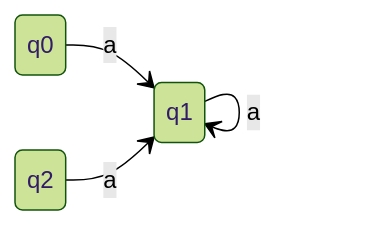
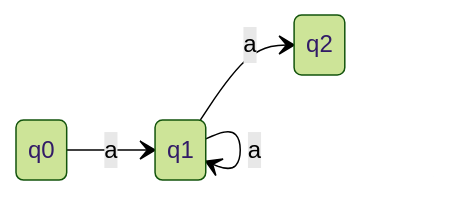
Before and after one commit to malaviya-parth/TOC: the third of 3 diagrams in 01_FA and Regular Languages/15_MY Hill Nerode THeorem/1.md, drawn with Mermaid (forest theme). The commit also changed other lines of this file and 16 other files, not shown here.

````diff
--- a/01_FA and Regular Languages/15_MY Hill Nerode THeorem/1.md
+++ b/01_FA and Regular Languages/15_MY Hill Nerode THeorem/1.md
@@ -60,7 +60,7 @@
 ```mermaid
 stateDiagram-v2
     direction LR
     q0 --> q1:a
     q1 --> q1:a
-    q2 --> q1:a
+    q1 --> q2:a
 ```
````
